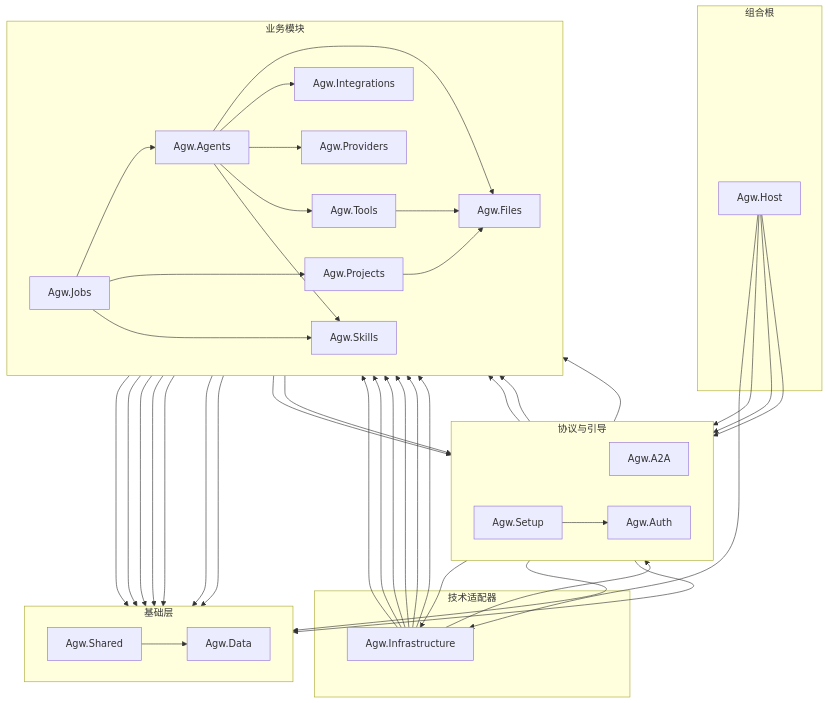
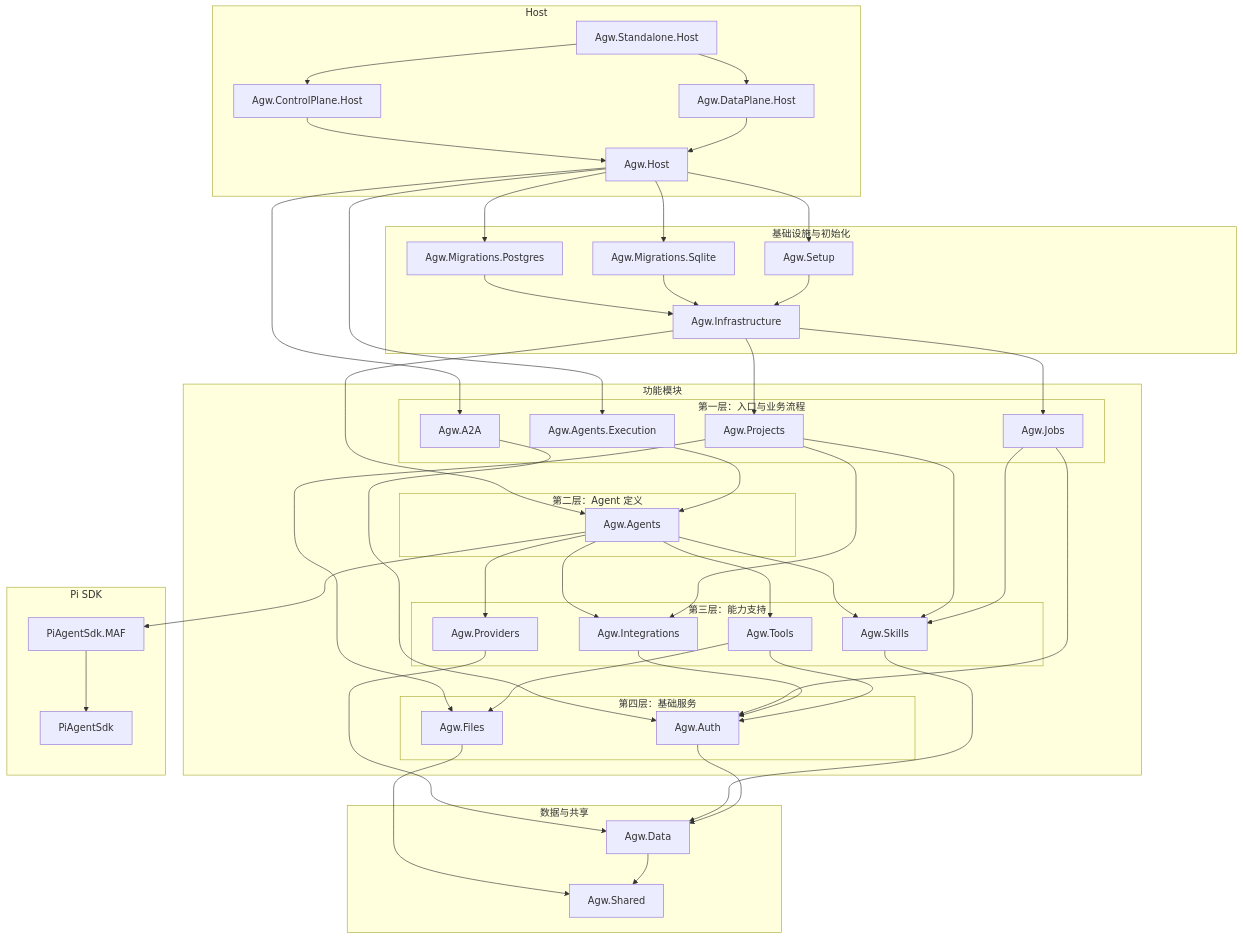
The diagram in README.zh-CN.md (zxyao145/agw), drawn with Mermaid before and after one commit. The commit also changed other lines of this file and 1 other file, not shown here.

Commit message:
docs: simplify and layer readme dependency diagrams

````diff
--- a/README.zh-CN.md
+++ b/README.zh-CN.md
@@ -311,84 +311,75 @@
 ```mermaid
 flowchart TB
-    subgraph Composition["组合根"]
-        HOST["Agw.Host"]
+    subgraph hosts["Host"]
+        agwStandaloneHost["Agw.Standalone.Host"]
+        agwControlPlaneHost["Agw.ControlPlane.Host"]
+        agwDataPlaneHost["Agw.DataPlane.Host"]
+        agwHost["Agw.Host"]
     end
 
-    subgraph Boundaries["协议与引导"]
-        direction LR
-        A2A["Agw.A2A"]
-        AUTH["Agw.Auth"]
-        SETUP["Agw.Setup"]
+    subgraph persistence["基础设施与初始化"]
+        agwInfrastructure["Agw.Infrastructure"]
+        agwMigrationsPostgres["Agw.Migrations.Postgres"]
+        agwMigrationsSqlite["Agw.Migrations.Sqlite"]
+        agwSetup["Agw.Setup"]
     end
 
-    subgraph Adapters["技术适配器"]
-        INFRA["Agw.Infrastructure"]
+    subgraph modules["功能模块"]
+        subgraph entryLayer["第一层：入口与业务流程"]
+            agwA2A["Agw.A2A"]
+            agwAgentsExecution["Agw.Agents.Execution"]
+            agwProjects["Agw.Projects"]
+            agwJobs["Agw.Jobs"]
+        end
+
+        subgraph definitionLayer["第二层：Agent 定义"]
+            agwAgents["Agw.Agents"]
+        end
+
+        subgraph capabilityLayer["第三层：能力支持"]
+            agwIntegrations["Agw.Integrations"]
+            agwProviders["Agw.Providers"]
+            agwTools["Agw.Tools"]
+            agwSkills["Agw.Skills"]
+        end
+
+        subgraph serviceLayer["第四层：基础服务"]
+            agwAuth["Agw.Auth"]
+            agwFiles["Agw.Files"]
+        end
     end
 
-    subgraph Core["业务模块"]
-        direction LR
-        AGENTS["Agw.Agents"]
-        JOBS["Agw.Jobs"]
-        PROJECTS["Agw.Projects"]
-        PROVIDERS["Agw.Providers"]
-        INTEGRATIONS["Agw.Integrations"]
-        SKILLS["Agw.Skills"]
-        TOOLS["Agw.Tools"]
-        FILES["Agw.Files"]
+    subgraph foundation["数据与共享"]
+        agwData["Agw.Data"]
+        agwShared["Agw.Shared"]
     end
 
-    subgraph Foundation["基础层"]
-        direction LR
-        SHARED["Agw.Shared"]
-        DATA["Agw.Data"]
+    subgraph sdk["Pi SDK"]
+        piAgentSdkMAF["PiAgentSdk.MAF"]
+        piAgentSdk["PiAgentSdk"]
     end
 
-    HOST --> A2A
-    HOST --> AUTH
-    HOST --> INFRA
-    HOST --> SETUP
-
-    SETUP --> AUTH
-    SETUP --> INFRA
-    SETUP --> SHARED
-    SETUP --> SKILLS
-
-    A2A --> AGENTS
-    A2A --> PROJECTS
-
-    INFRA --> AGENTS
-    INFRA --> AUTH
-    INFRA --> INTEGRATIONS
-    INFRA --> PROVIDERS
-    INFRA --> PROJECTS
-    INFRA --> SKILLS
-    INFRA --> JOBS
-
-    SKILLS --> SHARED
-    JOBS --> AGENTS
-    JOBS --> PROJECTS
-    JOBS --> SHARED
-    JOBS --> SKILLS
-
-    AGENTS --> AUTH
-    AGENTS --> FILES
-    AGENTS --> INTEGRATIONS
-    AGENTS --> PROVIDERS
-    AGENTS --> TOOLS
-    AGENTS --> SHARED
-    AGENTS --> SKILLS
-
-    PROJECTS --> FILES
-    PROJECTS --> SHARED
-    TOOLS --> AUTH
-    TOOLS --> FILES
-    TOOLS --> SHARED
-
-    AUTH --> SHARED
-    INTEGRATIONS --> SHARED
-    PROVIDERS --> SHARED
-
-    %% 仅用于布局：让基础层保持在业务模块下方。
-    FILES ~~~ SHARED
-    SHARED --> DATA
+    agwStandaloneHost --> agwControlPlaneHost & agwDataPlaneHost
+    agwControlPlaneHost --> agwHost
+    agwDataPlaneHost --> agwHost
+    agwHost --> agwMigrationsPostgres & agwMigrationsSqlite & agwSetup & agwAgentsExecution
+    agwHost --> agwA2A
+    agwInfrastructure --> agwAgents & agwProjects & agwJobs
+    agwMigrationsPostgres --> agwInfrastructure
+    agwMigrationsSqlite --> agwInfrastructure
+    agwSetup --> agwInfrastructure
+    agwAgentsExecution --> agwAgents
+    agwAgents --> agwIntegrations & agwProviders & agwTools & agwSkills
+    agwAgents --> piAgentSdkMAF
+    agwA2A --> agwAuth
+    agwProjects --> agwIntegrations & agwSkills & agwFiles
+    agwJobs --> agwSkills & agwAuth
+    agwIntegrations --> agwAuth
+    agwProviders --> agwData
+    agwTools --> agwFiles & agwAuth
+    agwSkills --> agwData
+    agwFiles --> agwShared
+    agwAuth --> agwData
+    agwData --> agwShared
+    piAgentSdkMAF --> piAgentSdk
 ```
````
